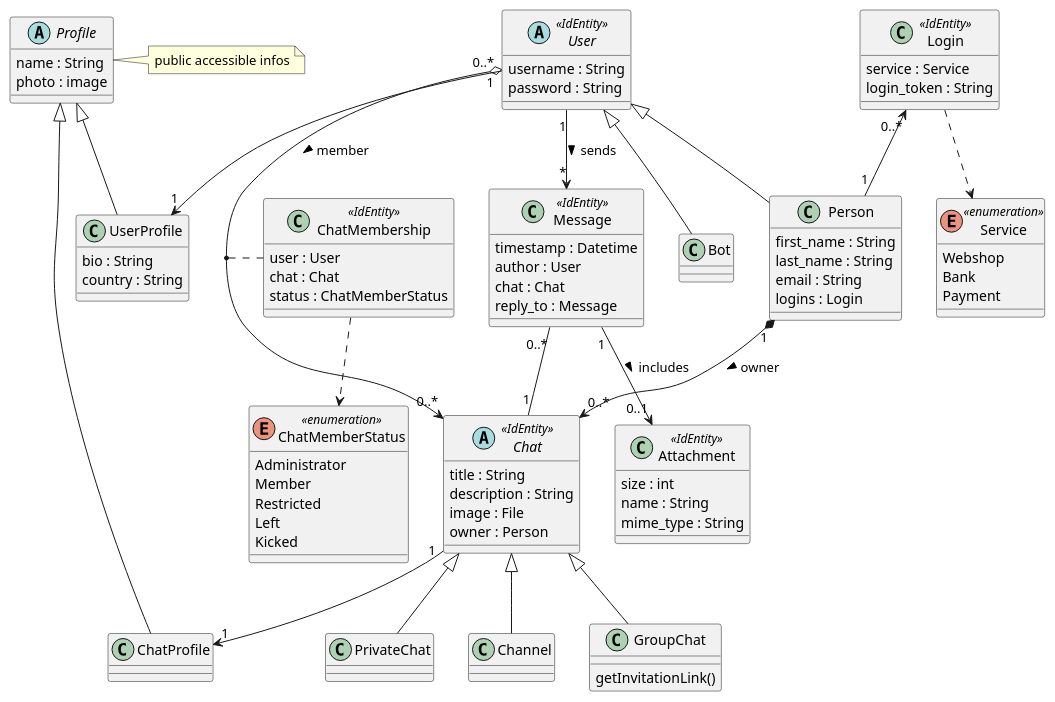
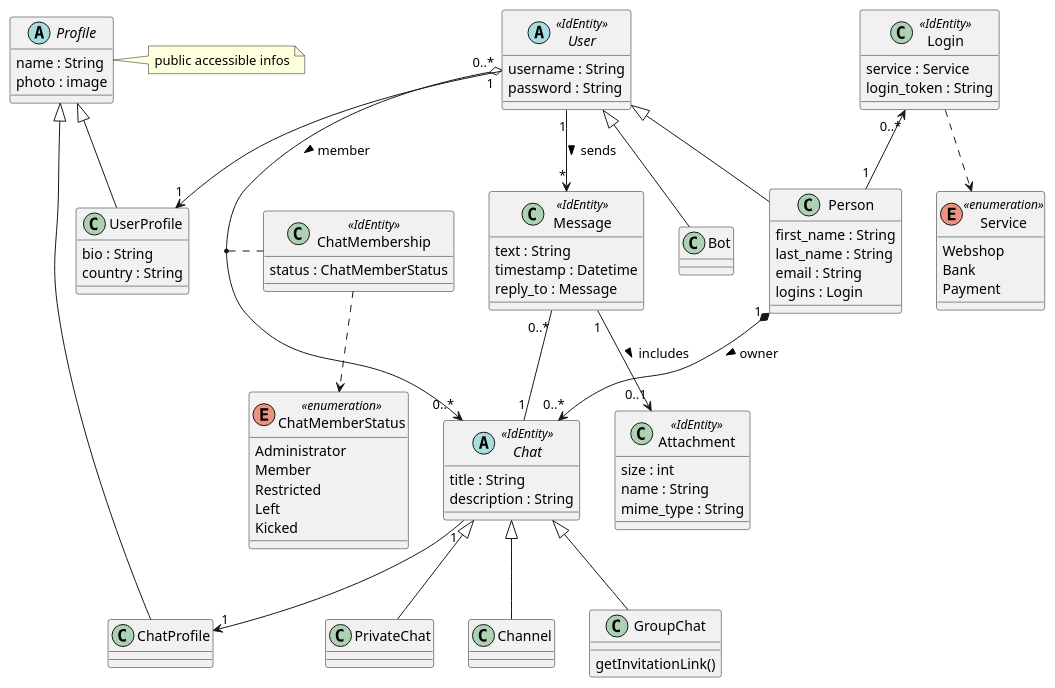
Before and after one commit to bbenno/oth-sw: the diagram in src/doc/uml-domain.puml, drawn with PlantUML.

Commit message:
Delete implicit attributes in domain model

```diff
--- a/src/doc/uml-domain.puml
+++ b/src/doc/uml-domain.puml
@@ -1,112 +1,107 @@
 @startuml chat-domain
 ' classes in alphabetical order
 class Attachment <<IdEntity>> {
     size : int
     name : String
     mime_type : String
 }
 
 abstract class Chat <<IdEntity>> {
     title : String
     description : String
-    image : File
-    owner : Person
 }
 
 class ChatMembership <<IdEntity>> {
-    user : User
-    chat : Chat
     status : ChatMemberStatus
 }
 
 enum ChatMemberStatus <<enumeration>> {
     Administrator
     Member
     Restricted
     Left
     Kicked
 }
 
 class ChatProfile
 
 class GroupChat {
     getInvitationLink()
 }
 
 class Login <<IdEntity>> {
     service : Service
     login_token : String
 }
 
 class Message <<IdEntity>> {
+    text : String
     timestamp : Datetime
-    author : User
-    chat : Chat
     reply_to : Message
 }
 
 class Person {
     first_name : String
     last_name : String
     email : String
     logins : Login
 }
 
 class PrivateChat
 
 abstract class Profile {
     name : String
     photo : image
 }
 
 enum Service <<enumeration>> {
     Webshop
     Bank
     Payment
 }
 
 abstract class User <<IdEntity>> {
     username : String
     password : String
 }
 
 class UserProfile {
     bio : String
     country : String
 }
 
 ' Inheritance
 '' Profile
 Profile <|-- ChatProfile
 Profile <|-- UserProfile
 '' Chat inheritance
 Chat <|-- PrivateChat
 Chat <|-- GroupChat
 Chat <|-- Channel
 
 '' Person inheritance
 User <|-- Person
 User <|-- Bot
 
 ' Relations
 '' to Chat
 Person "1" *--> "0..*" Chat : owner >
 User "0..*" o--> "0..*" Chat : member >
 (User, Chat) .. ChatMembership
 
 '' to Message
 User "1" --> "*" Message : sends >
 Message "0..*" -- "1" Chat
 Message "1" --> "0..1" Attachment : includes >
 
 '' with Enumerations
 Login ..> Service
 ChatMembership ..> ChatMemberStatus
 
 '' Misc
 Login "0..*" <-- "1" Person
 User "1" --> "1" UserProfile
 Chat "1" --> "1" ChatProfile
 
 note right of Profile: public accessible infos
 @enduml
```
